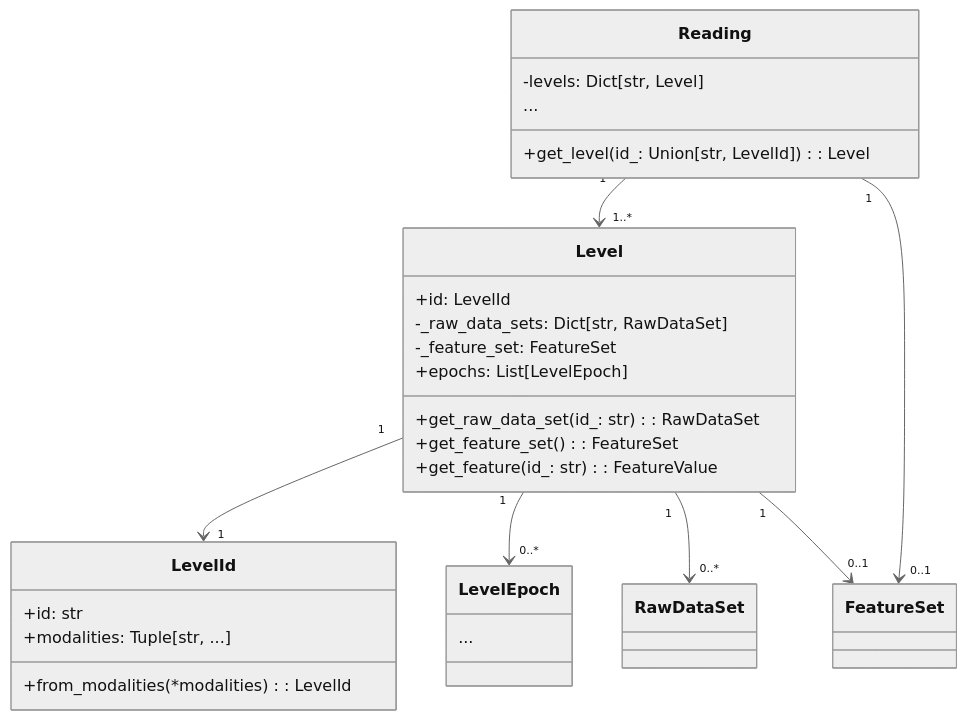
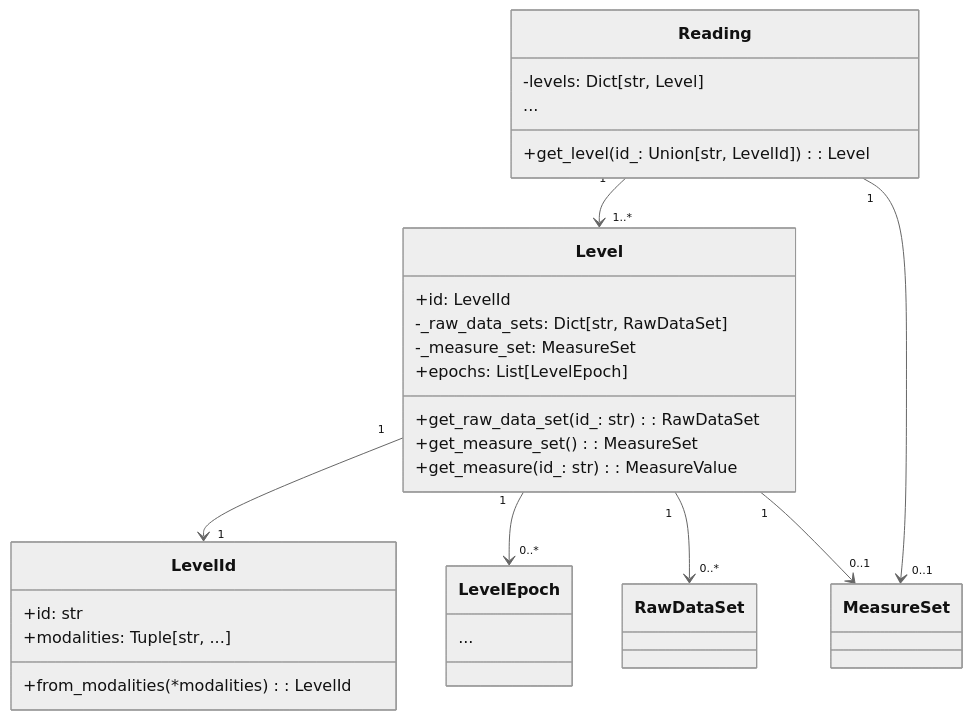
The diagram in docs/usage/data_model.rst (newcastleuniversity/DISPEL), drawn with Mermaid (neutral theme) before and after one commit. The commit also changed other lines of this file and 160 other files, not shown here.

Commit message:
fix(features): simplify feature to measure.

```diff
--- a/docs/usage/data_model.rst
+++ b/docs/usage/data_model.rst
@@ -88,33 +88,33 @@
 .. mermaid::
 
    classDiagram
        class Reading {
            -levels: Dict[str, Level]
            ...
            +get_level(id_: Union[str, LevelId]): Level
        }
        class LevelId{
            +id: str
            +modalities: Tuple[str, ...]
            +from_modalities(*modalities): LevelId
        }
        class LevelEpoch{
            ...
        }
        class Level{
            +id: LevelId
            -_raw_data_sets: Dict[str, RawDataSet]
-           -_feature_set: FeatureSet
+           -_measure_set: MeasureSet
            +get_raw_data_set(id_: str): RawDataSet
            +epochs: List[LevelEpoch]
-           +get_feature_set(): FeatureSet
-           +get_feature(id_: str): FeatureValue
+           +get_measure_set(): MeasureSet
+           +get_measure(id_: str): MeasureValue
        }
        Level "1" --> "1" LevelId
        Level "1" --> "0..*" LevelEpoch
        class RawDataSet
-       class FeatureSet
+       class MeasureSet
        Reading "1" --> "1..*" Level
        Level "1" --> "0..*" RawDataSet
-       Reading "1" --> "0..1" FeatureSet
-       Level "1" --> "0..1" FeatureSet
+       Reading "1" --> "0..1" MeasureSet
+       Level "1" --> "0..1" MeasureSet
```
